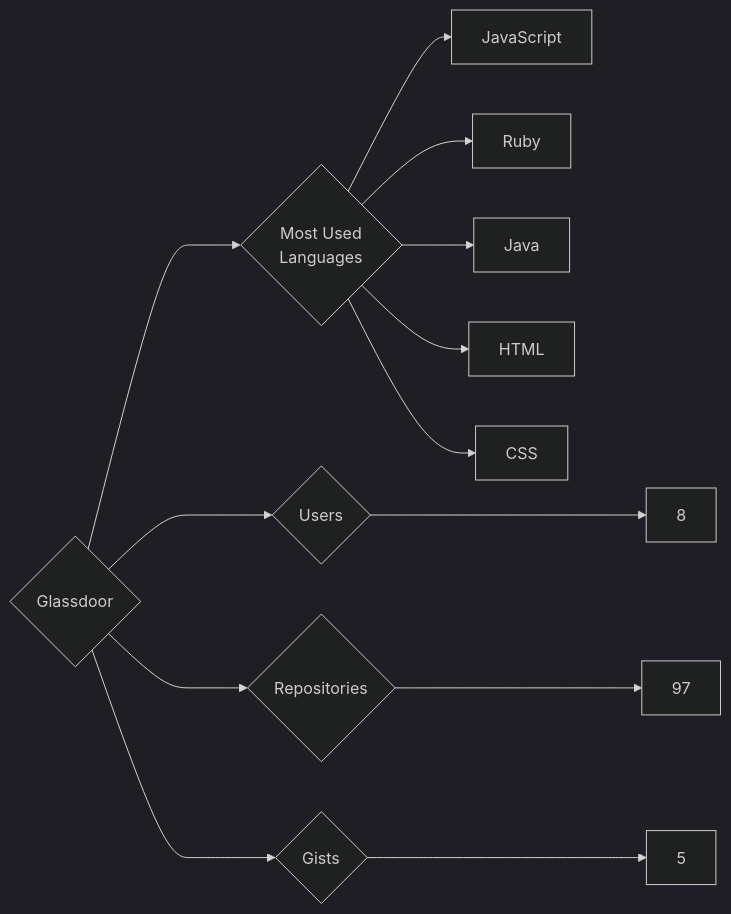
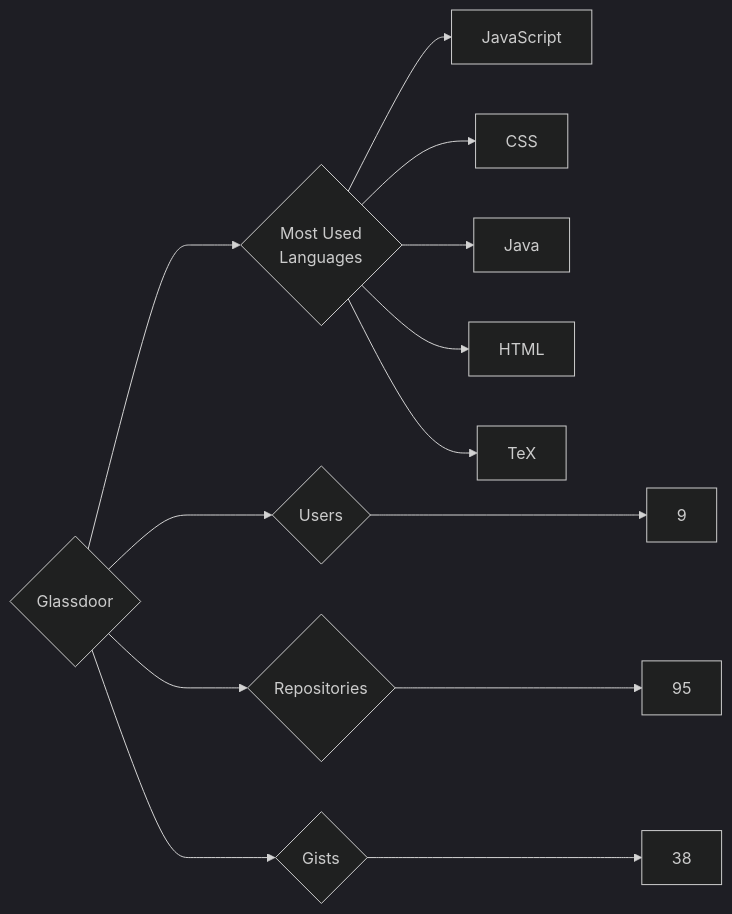
Before and after one commit to trickest/insiders: the diagram in targets/Glassdoor/README.md, drawn with Mermaid (dark theme). The commit also changed 847 other files, not shown here.

````diff
--- a/targets/Glassdoor/README.md
+++ b/targets/Glassdoor/README.md
@@ -3,13 +3,13 @@
 ```mermaid
 graph LR
 COMPANY_NAME{Glassdoor}
-COMPANY_NAME ---> U{Users} ---> UN[8]
-COMPANY_NAME ---> R{Repositories} ---> RN[97]
-COMPANY_NAME ---> G{Gists} ---> GN[5]
+COMPANY_NAME ---> U{Users} ---> UN[9]
+COMPANY_NAME ---> R{Repositories} ---> RN[95]
+COMPANY_NAME ---> G{Gists} ---> GN[38]
 COMPANY_NAME ---> ML{Most Used<br>Languages}
 ML --> JavaScript[JavaScript]
-ML --> Ruby[Ruby]
+ML --> CSS[CSS]
 ML --> Java[Java]
 ML --> HTML[HTML]
-ML --> CSS[CSS]
+ML --> TeX[TeX]
 ```
````
